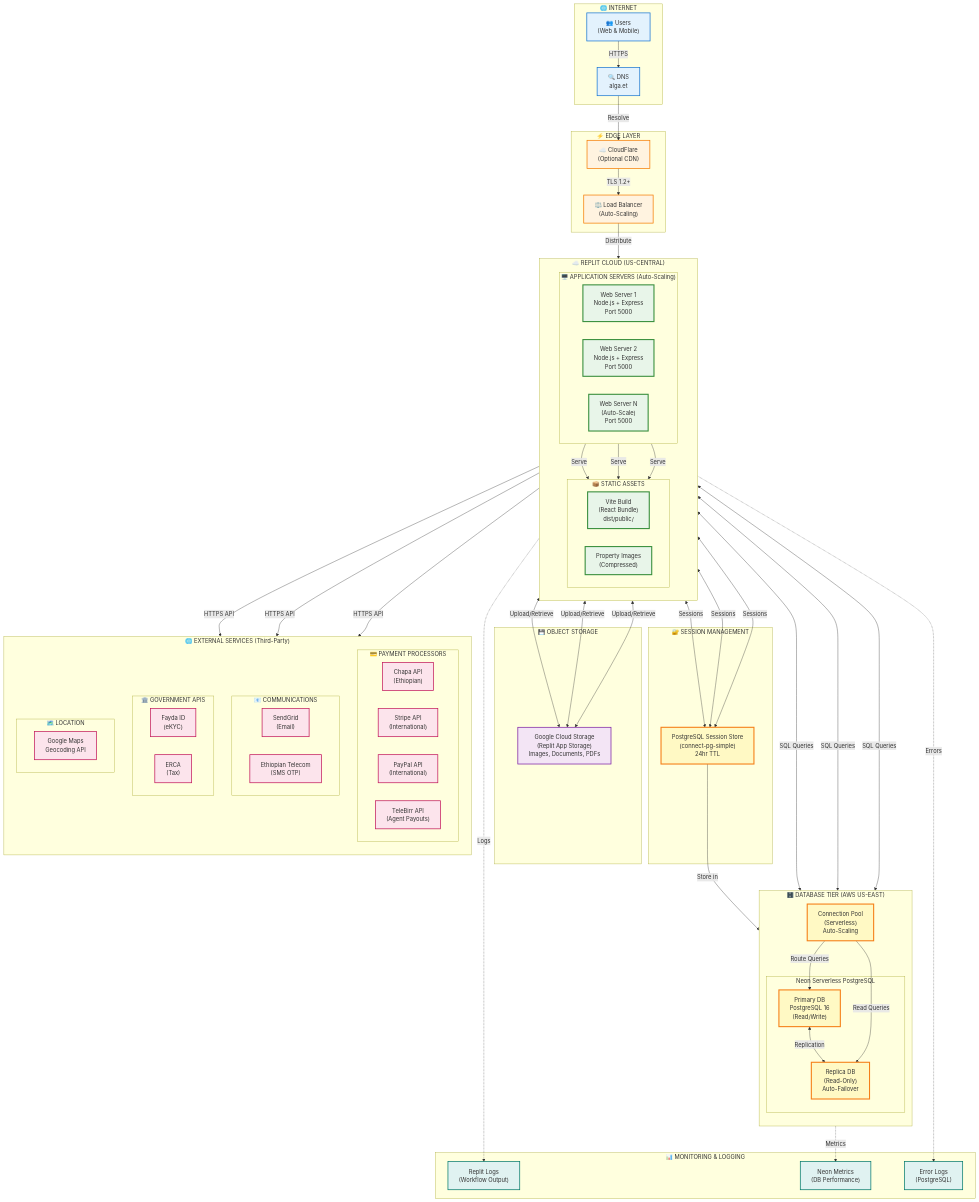
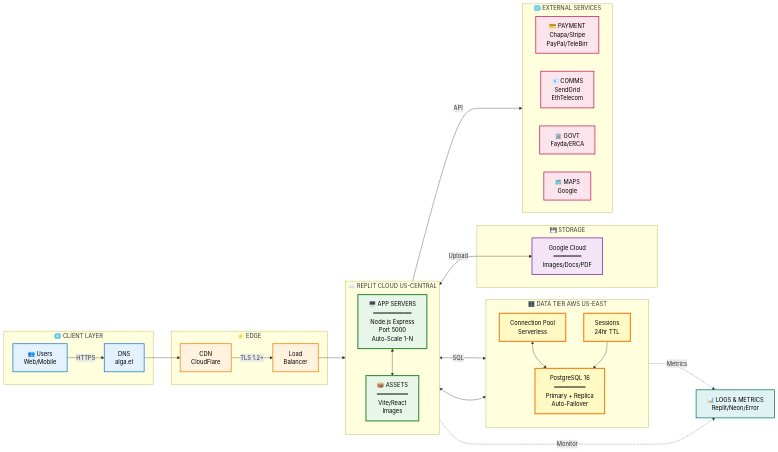
One commit to Alga-weyni/alga-app changed the diagram in docs/diagrams/Deployment_Architecture.md. Above: the diagram before and after it, drawn with Mermaid.

Commit message:
Update deployment diagram to reflect current infrastructure and services
Refactored Mermaid diagram for deployment architecture, adjusting layout from TB to LR and simplifying subgraph definitions for clarity.

Replit-Commit-Author: Agent
Replit-Commit-Session-Id: 5a40a3e2-3211-4124-8e69-20c6d529a22a
Replit-Commit-Checkpoint-Type: full_checkpoint
Replit-Commit-Event-Id: 910eafb9-6df1-461a-b219-33615a3d2cad
Replit-Commit-Screenshot-Url: https://storage.googleapis.com/screenshot-production-us-central1/ce3a76da-b414-4186-9234-d3db2b65b94b/5a40a3e2-3211-4124-8e69-20c6d529a22a/JWWg9mR

````diff
--- a/docs/diagrams/Deployment_Architecture.md
+++ b/docs/diagrams/Deployment_Architecture.md
@@ -4,126 +4,79 @@
 ```mermaid
-flowchart TB
-    %% Internet Layer
-    subgraph Internet["🌐 INTERNET"]
-        Users["👥 Users<br/>(Web & Mobile)"]
-        DNS["🔍 DNS<br/>alga.et"]
+flowchart LR
+    %% Left Side - Users & Edge
+    subgraph Client["🌐 CLIENT LAYER"]
+        Users["👥 Users<br/>Web/Mobile"]
+        DNS["DNS<br/>alga.et"]
     end
     
-    %% Edge/CDN Layer
-    subgraph Edge["⚡ EDGE LAYER"]
-        CloudFlare["☁️ CloudFlare<br/>(Optional CDN)"]
-        LoadBalancer["⚖️ Load Balancer<br/>(Auto-Scaling)"]
+    subgraph Edge["⚡ EDGE"]
+        CDN["CDN<br/>CloudFlare"]
+        LB["Load<br/>Balancer"]
     end
     
-    %% Application Layer (Replit Infrastructure)
-    subgraph ReplitCloud["☁️ REPLIT CLOUD (US-CENTRAL)"]
+    %% Center - Application Servers
+    subgraph Replit["☁️ REPLIT CLOUD US-CENTRAL"]
         direction TB
-        
-        subgraph AppServers["🖥️ APPLICATION SERVERS (Auto-Scaling)"]
-            direction LR
-            WebServer1["Web Server 1<br/>Node.js + Express<br/>Port 5000"]
-            WebServer2["Web Server 2<br/>Node.js + Express<br/>Port 5000"]
-            WebServer3["Web Server N<br/>(Auto-Scale)<br/>Port 5000"]
-        end
-        
-        subgraph StaticAssets["📦 STATIC ASSETS"]
-            Vite["Vite Build<br/>(React Bundle)<br/>dist/public/"]
-            Images["Property Images<br/>(Compressed)"]
-        end
+        App["🖥️ APP SERVERS<br/>━━━━━━━━━━━<br/>Node.js Express<br/>Port 5000<br/>Auto-Scale 1-N"]
+        Static["📦 ASSETS<br/>━━━━━━━━━<br/>Vite/React<br/>Images"]
     end
     
-    %% Database Layer (Neon Serverless)
-    subgraph DatabaseTier["🗄️ DATABASE TIER (AWS US-EAST)"]
+    %% Right - Database & Storage
+    subgraph Data["🗄️ DATA TIER AWS US-EAST"]
         direction TB
-        
-        subgraph NeonCluster["Neon Serverless PostgreSQL"]
-            PrimaryDB["Primary DB<br/>PostgreSQL 16<br/>(Read/Write)"]
-            ReplicaDB["Replica DB<br/>(Read-Only)<br/>Auto-Failover"]
-        end
-        
-        ConnectionPool["Connection Pool<br/>(Serverless)<br/>Auto-Scaling"]
-        
-        PrimaryDB <-->|"Replication"| ReplicaDB
-        ConnectionPool -->|"Route Queries"| PrimaryDB
-        ConnectionPool -->|"Read Queries"| ReplicaDB
+        DB["PostgreSQL 16<br/>━━━━━━━━━<br/>Primary + Replica<br/>Auto-Failover"]
+        Pool["Connection Pool<br/>Serverless"]
+        Session["Sessions<br/>24hr TTL"]
     end
     
-    %% Object Storage
-    subgraph Storage["💾 OBJECT STORAGE"]
-        GCS["Google Cloud Storage<br/>(Replit App Storage)<br/>Images, Documents, PDFs"]
+    subgraph Storage["💾 STORAGE"]
+        GCS["Google Cloud<br/>━━━━━━━━<br/>Images/Docs/PDF"]
     end
     
-    %% Session Store
-    subgraph SessionStore["🔐 SESSION MANAGEMENT"]
-        PGSession["PostgreSQL Session Store<br/>(connect-pg-simple)<br/>24hr TTL"]
+    %% Bottom - External Services (Compact)
+    subgraph External["🌐 EXTERNAL SERVICES"]
+        direction LR
+        Pay["💳 PAYMENT<br/>Chapa/Stripe<br/>PayPal/TeleBirr"]
+        Comm["📧 COMMS<br/>SendGrid<br/>EthTelecom"]
+        Gov["🏛️ GOVT<br/>Fayda/ERCA"]
+        Maps["🗺️ MAPS<br/>Google"]
     end
     
-    %% External Services
-    subgraph ExternalServices["🌐 EXTERNAL SERVICES (Third-Party)"]
-        direction TB
-        
-        subgraph Payments["💳 PAYMENT PROCESSORS"]
-            Chapa["Chapa API<br/>(Ethiopian)"]
-            Stripe["Stripe API<br/>(International)"]
-            PayPal["PayPal API<br/>(International)"]
-            TeleBirr["TeleBirr API<br/>(Agent Payouts)"]
-        end
-        
-        subgraph Communications["📧 COMMUNICATIONS"]
-            SendGrid["SendGrid<br/>(Email)"]
-            EthTelecom["Ethiopian Telecom<br/>(SMS OTP)"]
-        end
-        
-        subgraph Government["🏛️ GOVERNMENT APIS"]
-            FaydaID["Fayda ID<br/>(eKYC)"]
-            ERCA["ERCA<br/>(Tax)"]
-        end
-        
-        subgraph LocationServices["🗺️ LOCATION"]
-            GoogleMaps["Google Maps<br/>Geocoding API"]
-        end
-    end
+    %% Monitoring
+    Logs["📊 LOGS & METRICS<br/>Replit/Neon/Error"]
     
-    %% Monitoring & Logging
-    subgraph Observability["📊 MONITORING & LOGGING"]
-        ReplitLogs["Replit Logs<br/>(Workflow Output)"]
-        DBMetrics["Neon Metrics<br/>(DB Performance)"]
-        ErrorTracking["Error Logs<br/>(PostgreSQL)"]
-    end
+    %% Connections - Left to Right Flow
+    Users -->|HTTPS| DNS
+    DNS --> CDN
+    CDN -->|TLS 1.2+| LB
+    LB --> App
     
-    %% Flow Connections
-    Users -->|"HTTPS"| DNS
-    DNS -->|"Resolve"| CloudFlare
-    CloudFlare -->|"TLS 1.2+"| LoadBalancer
-    LoadBalancer -->|"Distribute"| AppServers
+    App <-->|SQL| Pool
+    Pool <--> DB
+    App <--> Session
+    Session --> DB
+    App <--> Static
+    App <-->|Upload| GCS
     
-    WebServer1 & WebServer2 & WebServer3 -->|"Serve"| StaticAssets
-    WebServer1 & WebServer2 & WebServer3 <-->|"SQL Queries"| ConnectionPool
-    WebServer1 & WebServer2 & WebServer3 <-->|"Sessions"| PGSession
-    WebServer1 & WebServer2 & WebServer3 <-->|"Upload/Retrieve"| GCS
+    App -->|API| External
     
-    PGSession -->|"Store in"| PrimaryDB
+    App -.->|Monitor| Logs
+    DB -.->|Metrics| Logs
     
-    WebServer1 & WebServer2 & WebServer3 -->|"HTTPS API"| ExternalServices
+    %% Styling - Compact for A4
+    classDef clientClass fill:#e3f2fd,stroke:#1976d2,stroke-width:2px,color:#000
+    classDef edgeClass fill:#fff3e0,stroke:#f57c00,stroke-width:2px,color:#000
+    classDef appClass fill:#e8f5e9,stroke:#388e3c,stroke-width:3px,color:#000
+    classDef dataClass fill:#fff9c4,stroke:#f57f17,stroke-width:3px,color:#000
+    classDef storageClass fill:#f3e5f5,stroke:#7b1fa2,stroke-width:2px,color:#000
+    classDef externalClass fill:#fce4ec,stroke:#c2185b,stroke-width:2px,color:#000
+    classDef monitorClass fill:#e0f2f1,stroke:#00796b,stroke-width:2px,color:#000
     
-    AppServers -.->|"Logs"| ReplitLogs
-    NeonCluster -.->|"Metrics"| DBMetrics
-    AppServers -.->|"Errors"| ErrorTracking
-    
-    %% Styling
-    classDef internetClass fill:#e3f2fd,stroke:#1976d2,stroke-width:2px
-    classDef edgeClass fill:#fff3e0,stroke:#f57c00,stroke-width:2px
-    classDef appClass fill:#e8f5e9,stroke:#388e3c,stroke-width:3px
-    classDef dbClass fill:#fff9c4,stroke:#f57f17,stroke-width:3px
-    classDef storageClass fill:#f3e5f5,stroke:#7b1fa2,stroke-width:2px
-    classDef externalClass fill:#fce4ec,stroke:#c2185b,stroke-width:2px
-    classDef monitorClass fill:#e0f2f1,stroke:#00796b,stroke-width:2px
-    
-    class Users,DNS internetClass
-    class CloudFlare,LoadBalancer edgeClass
-    class WebServer1,WebServer2,WebServer3,Vite,Images appClass
-    class PrimaryDB,ReplicaDB,ConnectionPool,PGSession dbClass
+    class Users,DNS clientClass
+    class CDN,LB edgeClass
+    class App,Static appClass
+    class DB,Pool,Session dataClass
     class GCS storageClass
-    class Chapa,Stripe,PayPal,TeleBirr,SendGrid,EthTelecom,FaydaID,ERCA,GoogleMaps externalClass
-    class ReplitLogs,DBMetrics,ErrorTracking monitorClass
+    class Pay,Comm,Gov,Maps externalClass
+    class Logs monitorClass
 ```
````
